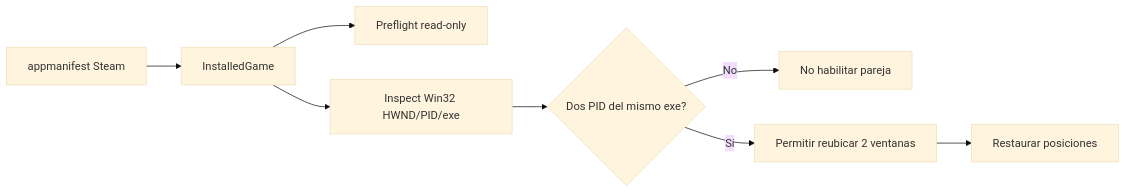
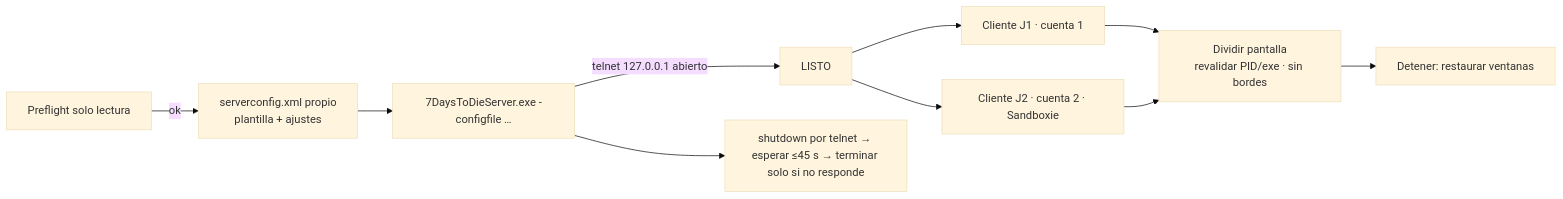
Before and after one commit to FaberGomezDev/SplitForge: the second of 2 diagrams in docs/13-FLUJOS-Y-DATOS.md, drawn with Mermaid (base theme). The commit also changed other lines of this file and 31 other files, not shown here.

````diff
--- a/docs/13-FLUJOS-Y-DATOS.md
+++ b/docs/13-FLUJOS-Y-DATOS.md
@@ -54,10 +54,12 @@
 ```mermaid
 flowchart LR
-    M[appmanifest Steam] --> LIB[InstalledGame]
-    LIB --> PF[Preflight read-only]
-    LIB --> G[Inspect Win32 HWND/PID/exe]
-    G --> V{Dos PID del mismo exe?}
-    V -- No --> BLOCK[No habilitar pareja]
-    V -- Sí --> ARR[Permitir reubicar 2 ventanas]
-    ARR --> REST[Restaurar posiciones]
+    PF[Preflight solo lectura] -->|ok| CFG[serverconfig.xml propio\nplantilla + ajustes]
+    CFG --> SRV[7DaysToDieServer.exe -configfile …]
+    SRV -->|telnet 127.0.0.1 abierto| READY[LISTO]
+    READY --> C1[Cliente J1 · cuenta 1]
+    READY --> C2[Cliente J2 · cuenta 2 · Sandboxie]
+    C1 --> TILE[Dividir pantalla\nrevalidar PID/exe · sin bordes]
+    C2 --> TILE
+    TILE --> STOP[Detener: restaurar ventanas]
+    SRV --> SHUT[shutdown por telnet → esperar ≤45 s → terminar solo si no responde]
 ```
````
